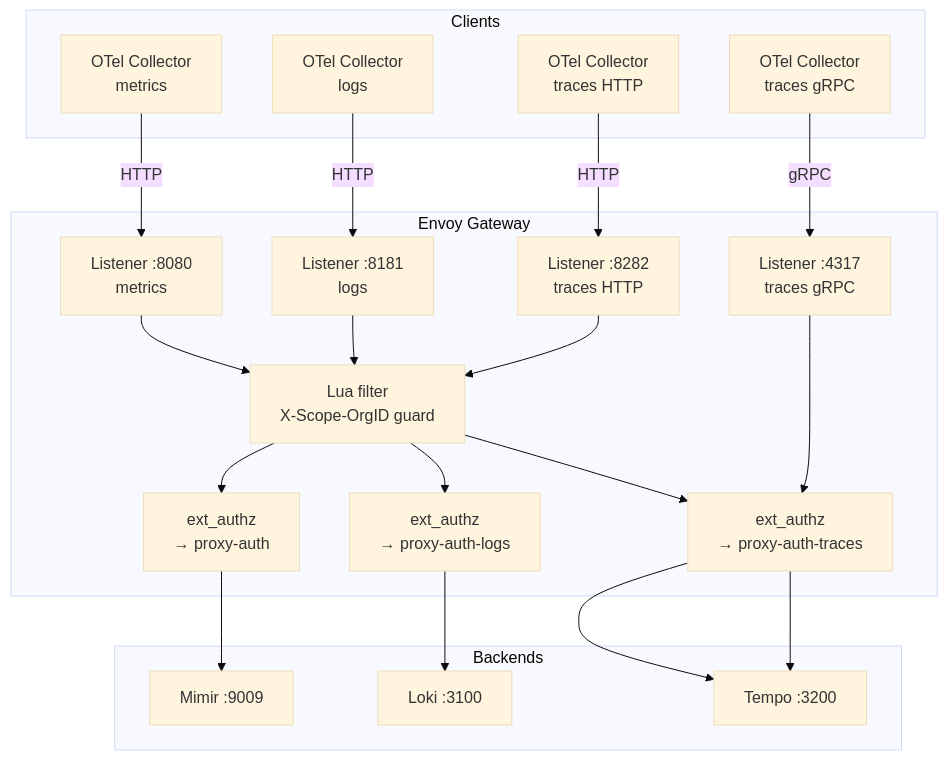
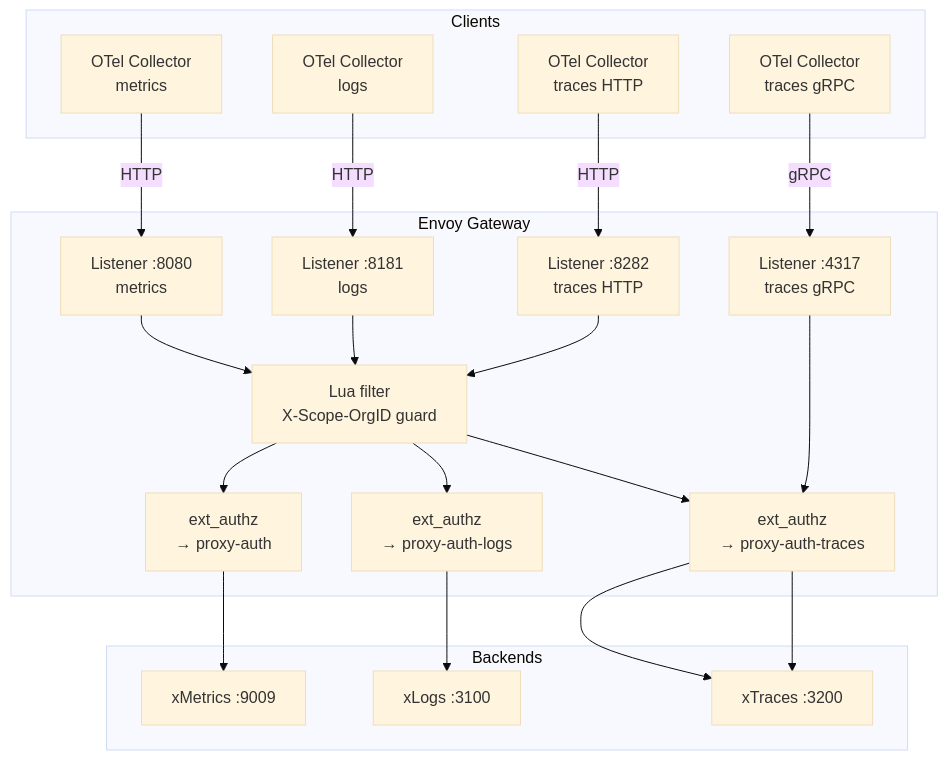
The first of 3 diagrams in docs/session-3/architecture-review.md (xscaler/training), drawn with Mermaid (base theme) before and after one commit. The commit also changed other lines of this file and 29 other files, not shown here.

````diff
--- a/docs/session-3/architecture-review.md
+++ b/docs/session-3/architecture-review.md
@@ -16,31 +16,31 @@
 ```mermaid
 graph TB
     subgraph Clients
         C1[OTel Collector\nmetrics]
         C2[OTel Collector\nlogs]
         C3[OTel Collector\ntraces HTTP]
         C4[OTel Collector\ntraces gRPC]
     end
 
     subgraph "Envoy Gateway"
         L1[Listener :8080\nmetrics]
         L2[Listener :8181\nlogs]
         L3[Listener :8282\ntraces HTTP]
         L4[Listener :4317\ntraces gRPC]
         LUA[Lua filter\nX-Scope-OrgID guard]
         EXT1[ext_authz\n→ proxy-auth]
         EXT2[ext_authz\n→ proxy-auth-logs]
         EXT3[ext_authz\n→ proxy-auth-traces]
     end
 
     subgraph Backends
-        MI[Mimir :9009]
-        LO[Loki :3100]
-        TE[Tempo :3200]
+        MI[xMetrics :9009]
+        LO[xLogs :3100]
+        TE[xTraces :3200]
     end
 
     C1 -->|HTTP| L1 --> LUA --> EXT1 --> MI
     C2 -->|HTTP| L2 --> LUA --> EXT2 --> LO
     C3 -->|HTTP| L3 --> LUA --> EXT3 --> TE
     C4 -->|gRPC| L4 --> EXT3 --> TE
 ```
````
